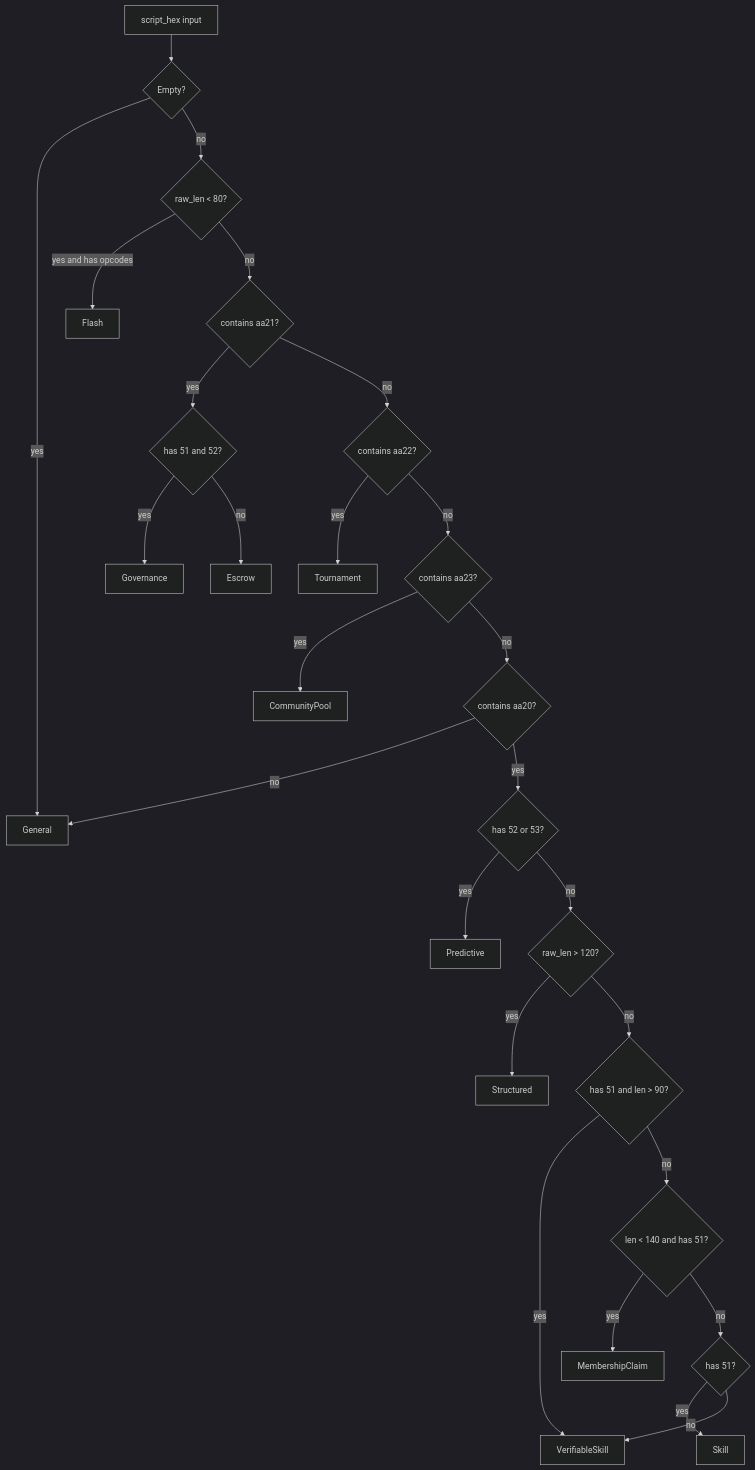
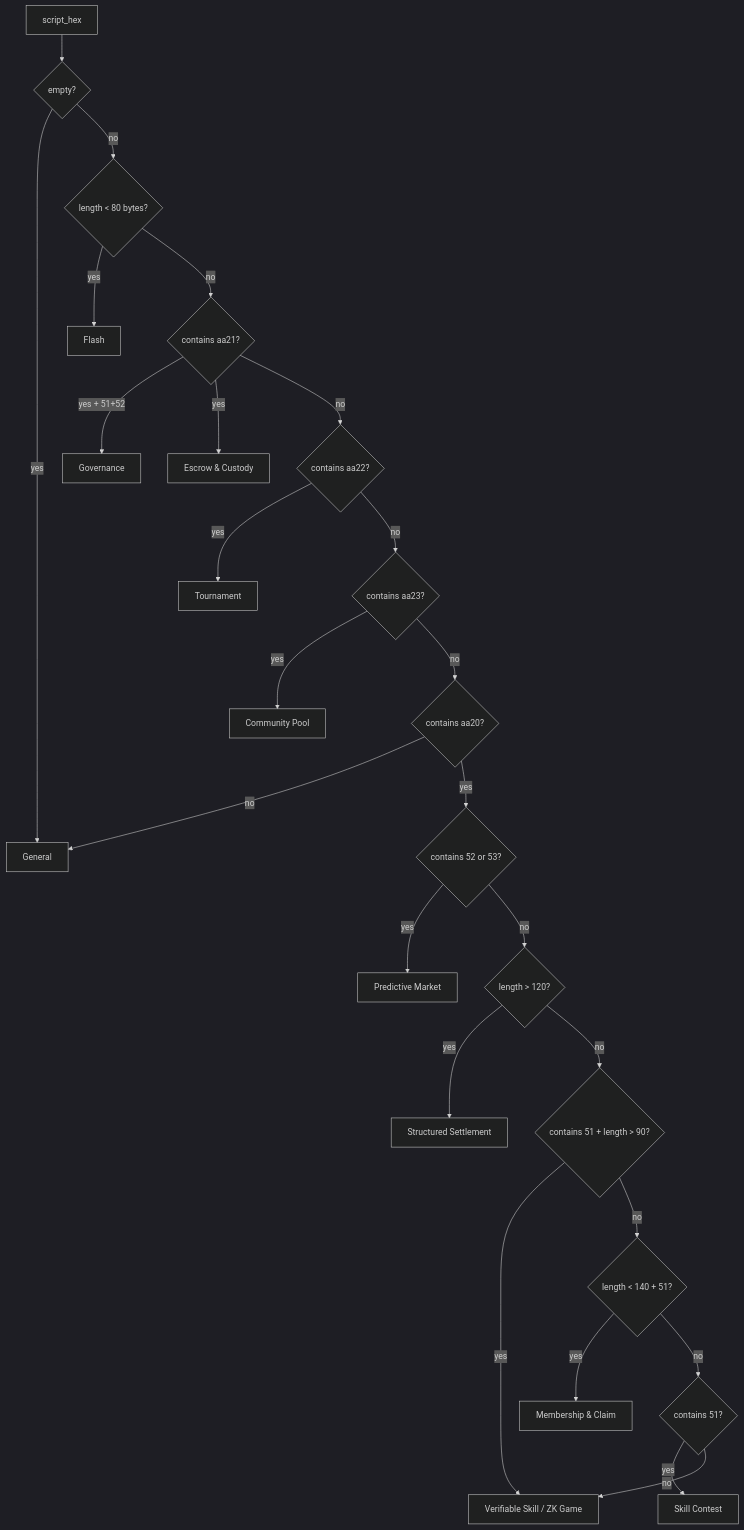
The third of 4 diagrams in README.md (THTProtocol/Covex27), drawn with Mermaid (dark theme) before and after one commit. The commit also changed other lines of this file, not shown here.

First line of the commit message:
docs: Complete production architecture README — full A-Z system, all indexers, ZK circuits & hybrid oracle model, visualizations

````diff
--- a/README.md
+++ b/README.md
@@ -185,30 +165,27 @@
 ```mermaid
 flowchart TD
-    S[script_hex input]
-    E{Empty?}
-    S --> E
+    S[script_hex] --> E{empty?}
     E -->|yes| GEN[General]
-    E -->|no| LEN{raw_len < 80?}
-    LEN -->|yes and has opcodes| FLASH[Flash]
-    LEN -->|no| A21{contains aa21?}
-    A21 -->|yes| GVR{has 51 and 52?}
-    GVR -->|yes| GOV[Governance]
-    GVR -->|no| ESC[Escrow]
-    A21 -->|no| A22{contains aa22?}
-    A22 -->|yes| TRN[Tournament]
-    A22 -->|no| A23{contains aa23?}
-    A23 -->|yes| CP[CommunityPool]
-    A23 -->|no| A20{contains aa20?}
-    A20 -->|no| GEN
-    A20 -->|yes| PRED{has 52 or 53?}
-    PRED -->|yes| PRD[Predictive]
-    PRED -->|no| STR{raw_len > 120?}
-    STR -->|yes| STRC[Structured]
-    STR -->|no| VZK{has 51 and len > 90?}
-    VZK -->|yes| VSK[VerifiableSkill]
-    VZK -->|no| MBC{len < 140 and has 51?}
-    MBC -->|yes| MCL[MembershipClaim]
-    MBC -->|no| S51{has 51?}
-    S51 -->|yes| SKL[Skill]
-    S51 -->|no| VSK
+    E -->|no| LEN{length < 80 bytes?}
+    LEN -->|yes| FLASH[Flash]
+    LEN -->|no| AA21{contains aa21?}
+    AA21 -->|yes + 51+52| GOV[Governance]
+    AA21 -->|yes| ESC[Escrow & Custody]
+    AA21 -->|no| AA22{contains aa22?}
+    AA22 -->|yes| TRN[Tournament]
+    AA22 -->|no| AA23{contains aa23?}
+    AA23 -->|yes| CP[Community Pool]
+    AA23 -->|no| AA20{contains aa20?}
+    AA20 -->|no| GEN
+    AA20 -->|yes| PRED{contains 52 or 53?}
+    PRED -->|yes| PRD[Predictive Market]
+    PRED -->|no| LONG{length > 120?}
+    LONG -->|yes| STR[Structured Settlement]
+    LONG -->|no| VSK{contains 51 + length > 90?}
+    VSK -->|yes| VER[Verifiable Skill / ZK Game]
+    VSK -->|no| MCL{length < 140 + 51?}
+    MCL -->|yes| MBR[Membership & Claim]
+    MCL -->|no| SK{contains 51?}
+    SK -->|yes| SKL[Skill Contest]
+    SK -->|no| VER
 ```
````
